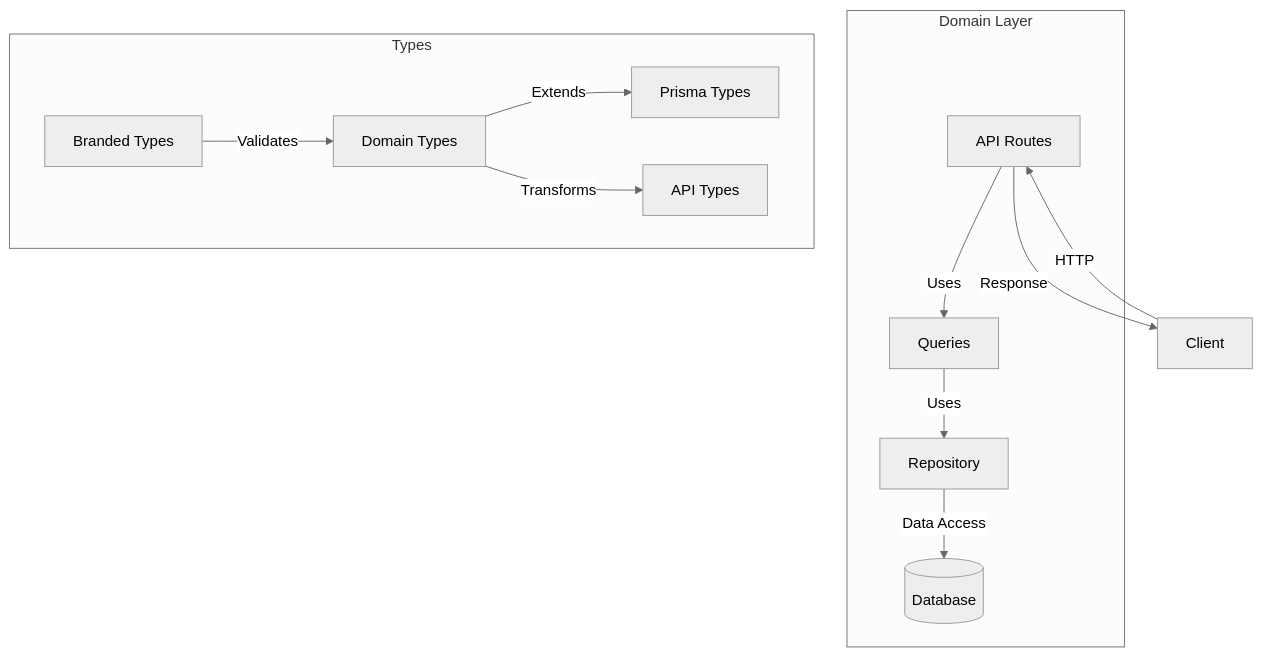
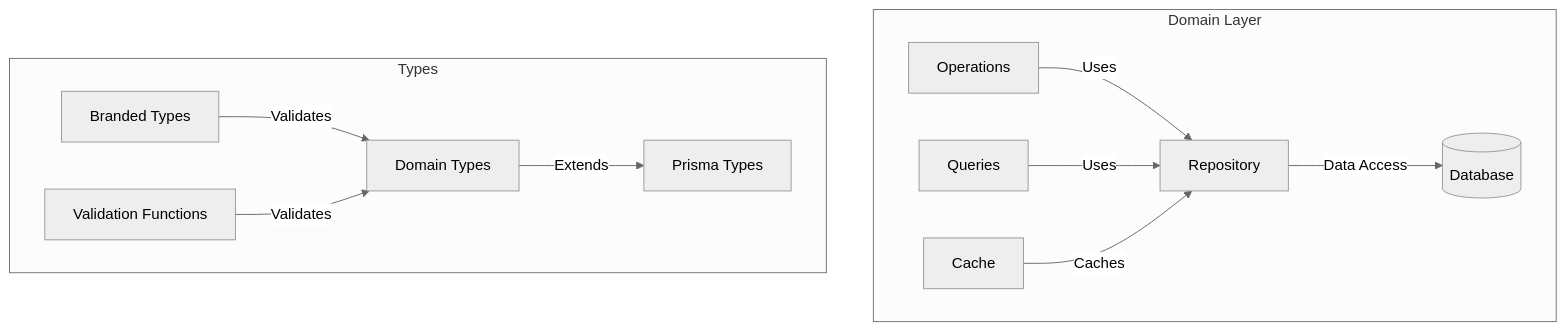
The first of 2 diagrams in documentation/implementation/Domain_Implementation_Guide.md (tonglam/letletme_data), drawn with Mermaid (neutral theme) before and after one commit. The commit also changed other lines of this file and 42 other files, not shown here.

````diff
--- a/documentation/implementation/Domain_Implementation_Guide.md
+++ b/documentation/implementation/Domain_Implementation_Guide.md
@@ -13,17 +15,15 @@
 ```mermaid
 graph TB
     subgraph "Domain Layer"
-        R[Repository] --> |Data Access| DB[(Database)]
+        O[Operations] --> |Uses| R[Repository]
         Q[Queries] --> |Uses| R
-        A[API Routes] --> |Uses| Q
+        R --> |Data Access| DB[(Database)]
+        C[Cache] --> |Caches| R
     end
 
     subgraph "Types"
         DT[Domain Types] --> |Extends| PT[Prisma Types]
-        DT --> |Transforms| AT[API Types]
         BT[Branded Types] --> |Validates| DT
+        VF[Validation Functions] --> |Validates| DT
     end
-
-    Client --> |HTTP| A
-    A --> |Response| Client
 ```
````
